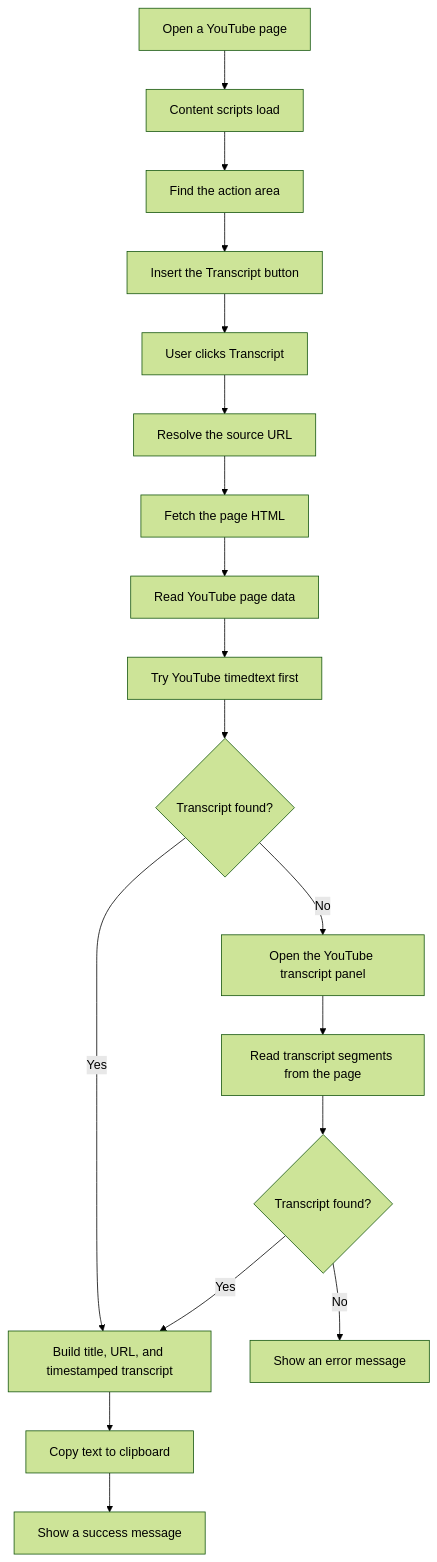
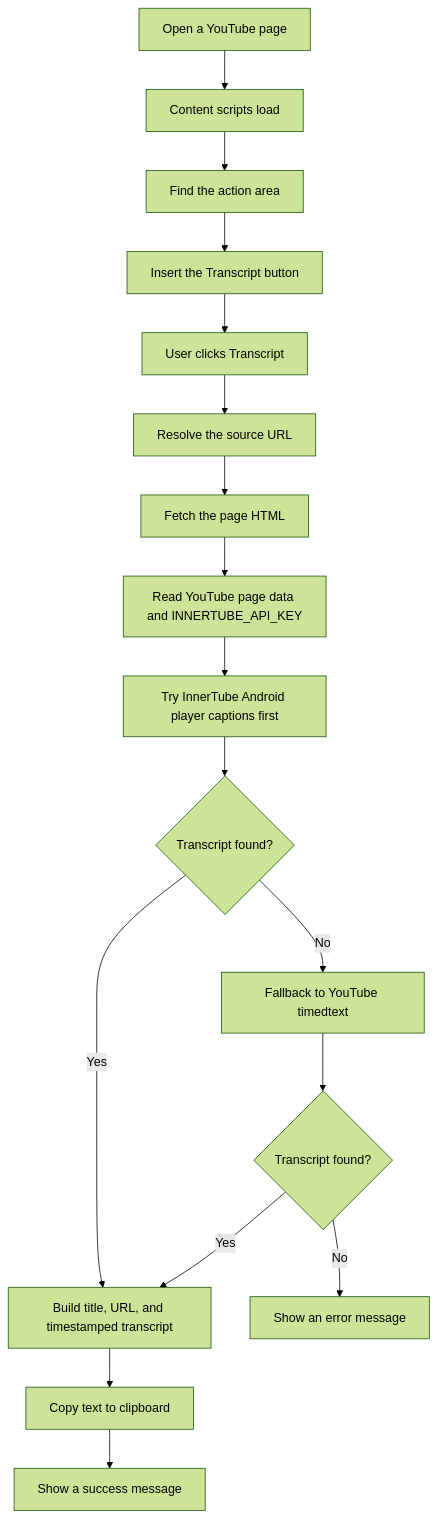
The diagram in README.md (lzl/get-youtube-transcription), drawn with Mermaid (forest theme) before and after one commit. The commit also changed 9 other files, not shown here.

Commit message:
feat: prefer innertube transcript flow (#5)

````diff
--- a/README.md
+++ b/README.md
@@ -26,20 +26,19 @@
 ```mermaid
 flowchart TD
     A[Open a YouTube page] --> B[Content scripts load]
     B --> C[Find the action area]
     C --> D[Insert the Transcript button]
     D --> E[User clicks Transcript]
     E --> F[Resolve the source URL]
     F --> G[Fetch the page HTML]
-    G --> H[Read YouTube page data]
-    H --> I[Try YouTube timedtext first]
+    G --> H[Read YouTube page data and INNERTUBE_API_KEY]
+    H --> I[Try InnerTube Android player captions first]
     I --> J{Transcript found?}
     J -- Yes --> K[Build title, URL, and timestamped transcript]
-    J -- No --> L[Open the YouTube transcript panel]
-    L --> M[Read transcript segments from the page]
-    M --> N{Transcript found?}
-    N -- Yes --> K
-    N -- No --> O[Show an error message]
+    J -- No --> L[Fallback to YouTube timedtext]
+    L --> M{Transcript found?}
+    M -- Yes --> K
+    M -- No --> O[Show an error message]
     K --> P[Copy text to clipboard]
     P --> Q[Show a success message]
 ```
````
